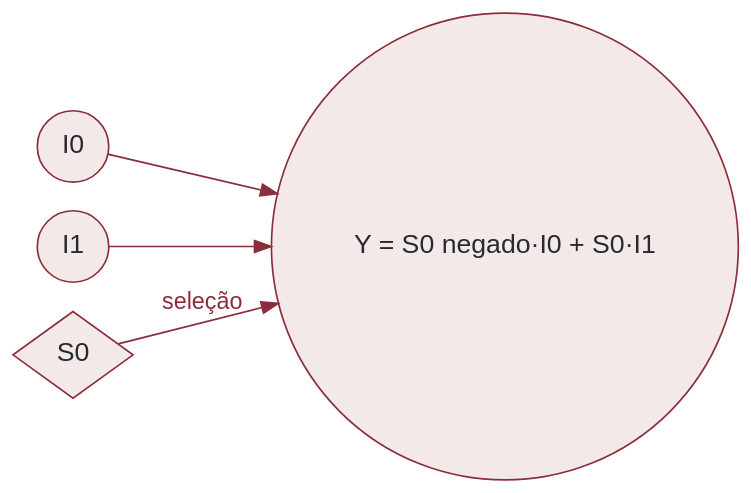
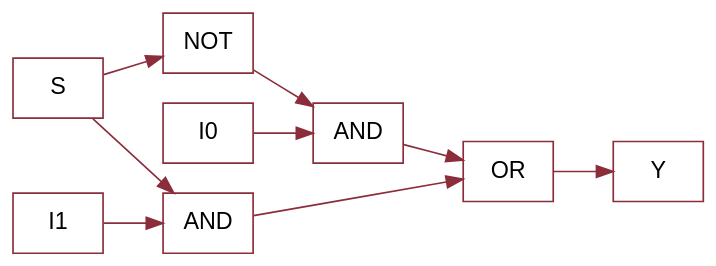
The diagram in src/content/fsc/mux21.dot (rodrgds/resumos), drawn with Graphviz before and after one commit. The commit also changed 63 other files, not shown here.

```diff
--- a/src/content/fsc/mux21.dot
+++ b/src/content/fsc/mux21.dot
@@ -1,8 +1,7 @@
 digraph Mux {
-  graph [bgcolor="transparent", rankdir=LR, pad=0.2];
-  node [shape=circle, style=filled, fillcolor="#f3e9e9", color="#8c2d3b", fontcolor="#292a30", fontname="Arial", fontsize=16];
-  edge [color="#8c2d3b", fontcolor="#8c2d3b", fontname="Arial", fontsize=14];
-  I0; I1; S0 [shape=diamond];
-  Y [label="Y = S0 negado·I0 + S0·I1"];
-  I0 -> Y; I1 -> Y; S0 -> Y [label="seleção"];
+ graph [bgcolor="transparent", rankdir=LR, pad=0.2];
+ node [shape=box, color="#8c2d3b", fontname="Arial", fontsize=14];
+ edge [color="#8c2d3b", fontname="Arial", fontsize=12];
+ I0; I1; S; N [label="NOT"]; A0 [label="AND"]; A1 [label="AND"]; O [label="OR"]; Y;
+ S -> N; N -> A0; I0 -> A0; S -> A1; I1 -> A1; A0 -> O; A1 -> O; O -> Y;
 }
```
